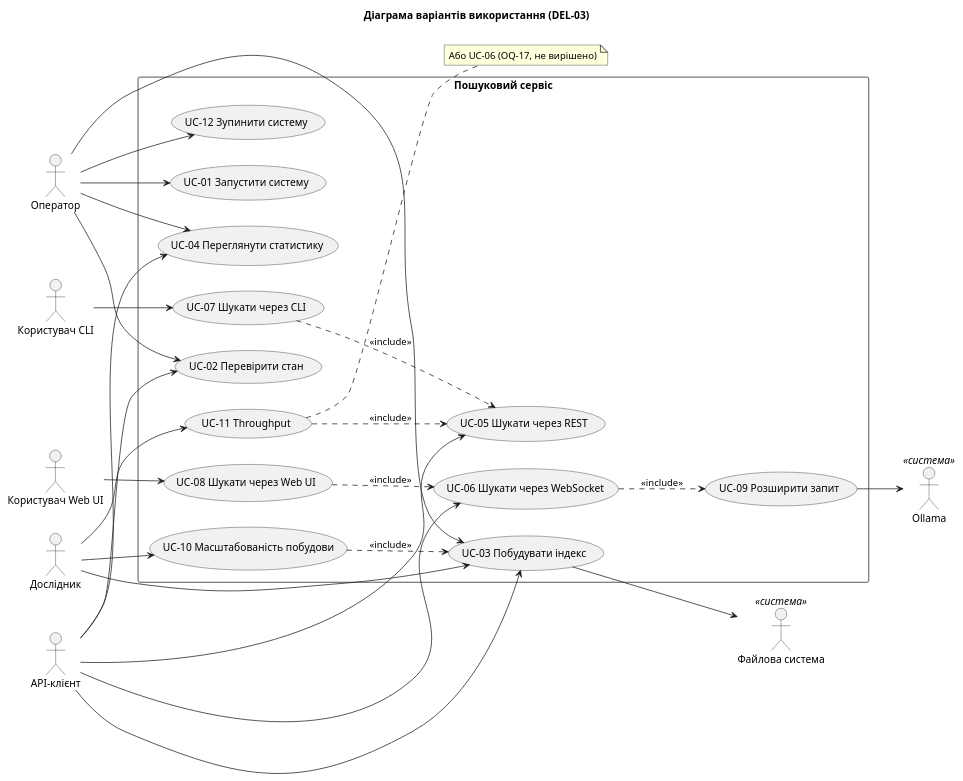
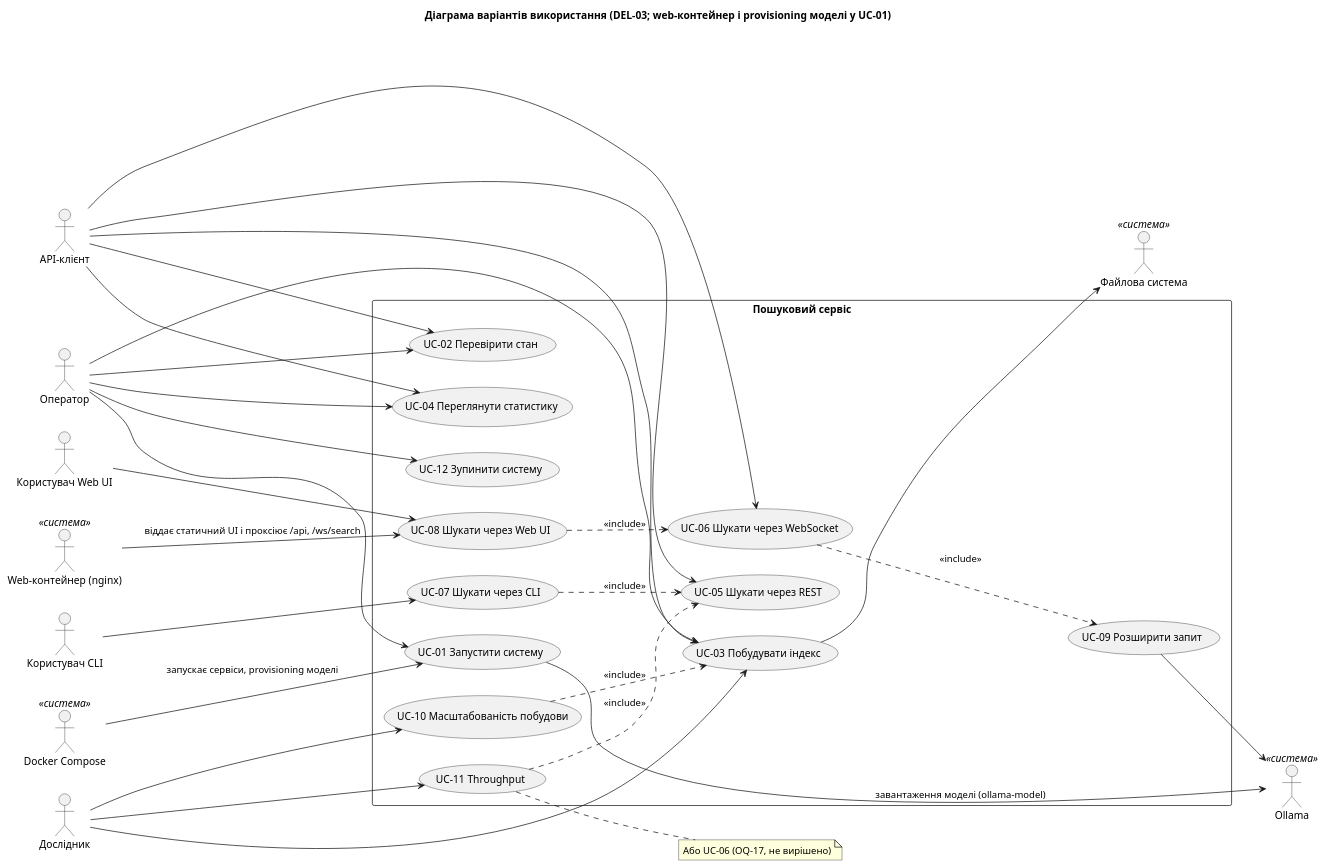
The diagram in docs/architecture/uml/use-case.puml (whatislavx/course_work_parallel_computing), drawn with PlantUML before and after one commit. The commit also changed 14 other files, not shown here.

First line of the commit message:
docs(architecture): fix sequence, class and use-case UML

```diff
--- a/docs/architecture/uml/use-case.puml
+++ b/docs/architecture/uml/use-case.puml
@@ -1,48 +1,53 @@
 @startuml use-case
 left to right direction
-title Діаграма варіантів використання (DEL-03)
+title Діаграма варіантів використання (DEL-03; web-контейнер і provisioning моделі у UC-01)
 actor "Оператор" as OPS
 actor "API-клієнт" as API
 actor "Користувач CLI" as CLI
 actor "Користувач Web UI" as USR
 actor "Дослідник" as BEN
 actor "Ollama" as OLL <<система>>
 actor "Файлова система" as FS <<система>>
+actor "Docker Compose" as DC <<система>>
+actor "Web-контейнер (nginx)" as WEB <<система>>
 rectangle "Пошуковий сервіс" {
   usecase "UC-01 Запустити систему" as UC01
   usecase "UC-02 Перевірити стан" as UC02
   usecase "UC-03 Побудувати індекс" as UC03
   usecase "UC-04 Переглянути статистику" as UC04
   usecase "UC-05 Шукати через REST" as UC05
   usecase "UC-06 Шукати через WebSocket" as UC06
   usecase "UC-07 Шукати через CLI" as UC07
   usecase "UC-08 Шукати через Web UI" as UC08
   usecase "UC-09 Розширити запит" as UC09
   usecase "UC-10 Масштабованість побудови" as UC10
   usecase "UC-11 Throughput" as UC11
   usecase "UC-12 Зупинити систему" as UC12
 }
 OPS --> UC01
 OPS --> UC02
 OPS --> UC03
 OPS --> UC04
 OPS --> UC12
+DC --> UC01 : запускає сервіси, provisioning моделі
+WEB --> UC08 : віддає статичний UI і проксіює /api, /ws/search
 API --> UC02
 API --> UC03
 API --> UC04
 API --> UC05
 API --> UC06
 CLI --> UC07
 USR --> UC08
 BEN --> UC03
 BEN --> UC10
 BEN --> UC11
 UC06 ..> UC09 : <<include>>
 UC07 ..> UC05 : <<include>>
 UC08 ..> UC06 : <<include>>
 UC10 ..> UC03 : <<include>>
 UC11 ..> UC05 : <<include>>
 note right of UC11 : Або UC-06 (OQ-17, не вирішено)
 UC09 --> OLL
+UC01 --> OLL : завантаження моделі (ollama-model)
 UC03 --> FS
 @enduml
```
